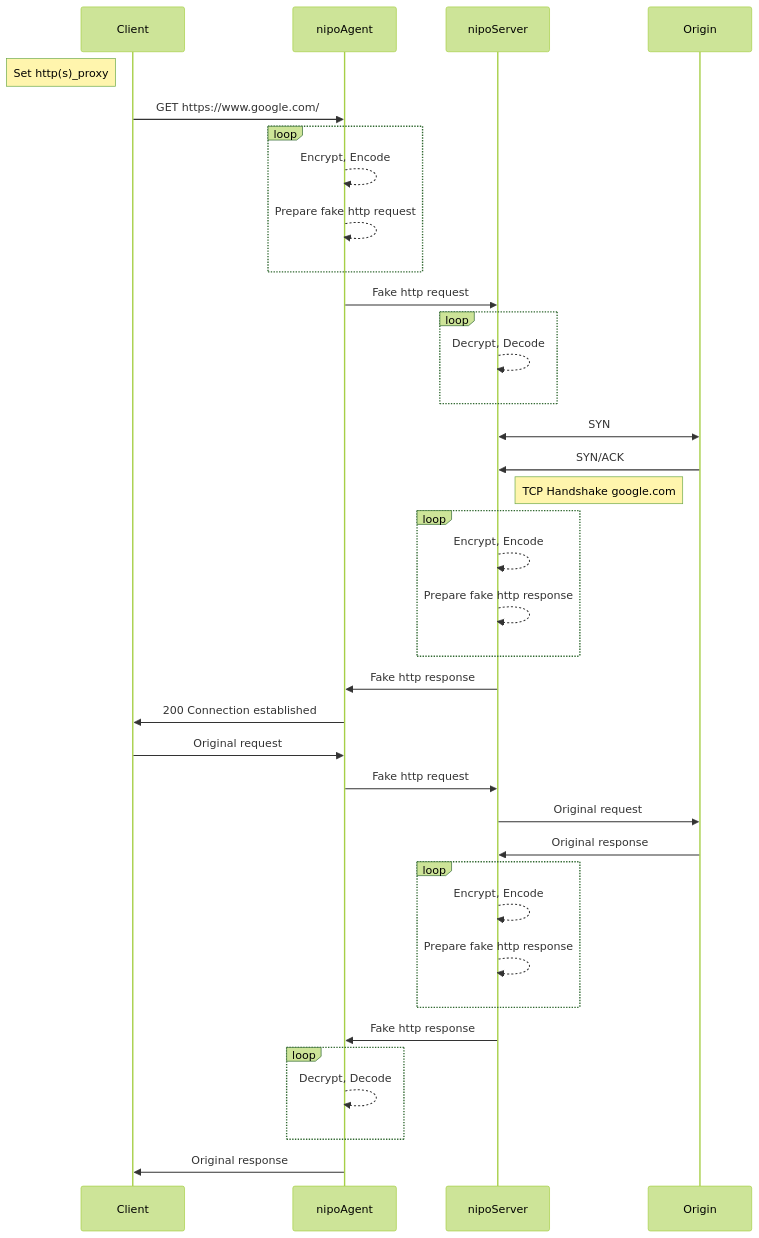
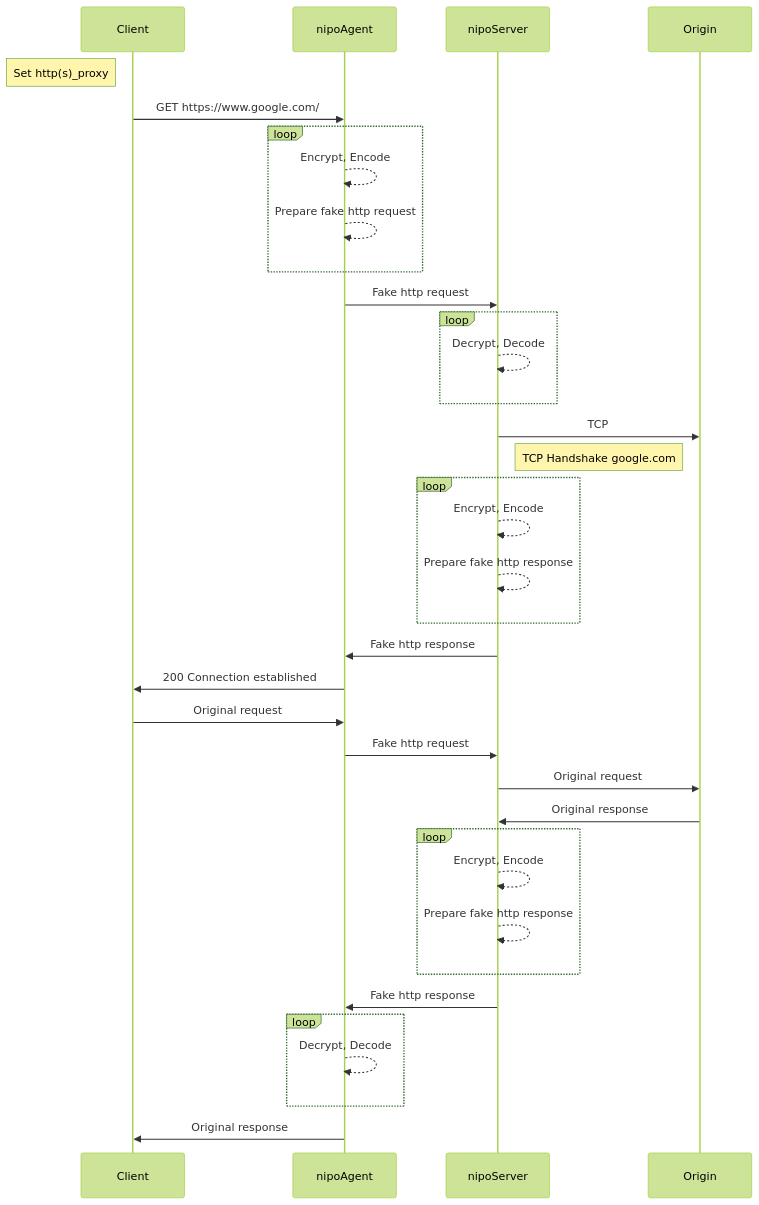
Before and after one commit to MortezaBashsiz/nipovpn: the diagram in README.md, drawn with Mermaid (forest theme).

Commit message:
Test Readme

````diff
--- a/README.md
+++ b/README.md
@@ -6,37 +6,36 @@
 ```mermaid
 sequenceDiagram
 Note left of Client: Set http(s)_proxy
 Client ->> nipoAgent: GET https://www.google.com/ 
 loop
     nipoAgent-->>nipoAgent: Encrypt, Encode
     nipoAgent-->>nipoAgent: Prepare fake http request
 end
 nipoAgent ->> nipoServer: Fake http request
 loop
     nipoServer-->>nipoServer: Decrypt, Decode
 end
-nipoServer <<->> Origin: SYN
-Origin ->> nipoServer: SYN/ACK
+nipoServer ->> Origin: TCP
 Note right of nipoServer: TCP Handshake google.com
 loop
     nipoServer-->>nipoServer: Encrypt, Encode
     nipoServer-->>nipoServer: Prepare fake http response
 end
 nipoServer ->> nipoAgent: Fake http response
 nipoAgent ->> Client: 200 Connection established
 Client ->> nipoAgent: Original request
 nipoAgent ->> nipoServer: Fake http request
 nipoServer ->> Origin: Original request
 Origin ->> nipoServer: Original response
 loop
     nipoServer-->>nipoServer: Encrypt, Encode
     nipoServer-->>nipoServer: Prepare fake http response
 end
 nipoServer ->> nipoAgent: Fake http response
 loop
     nipoAgent-->>nipoAgent: Decrypt, Decode
 end
 nipoAgent ->> Client: Original response
 
 
 ```
````
